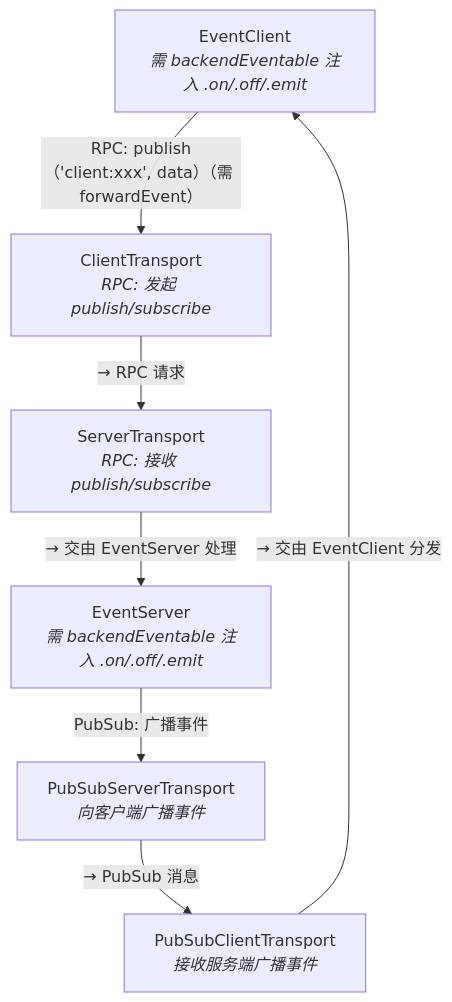
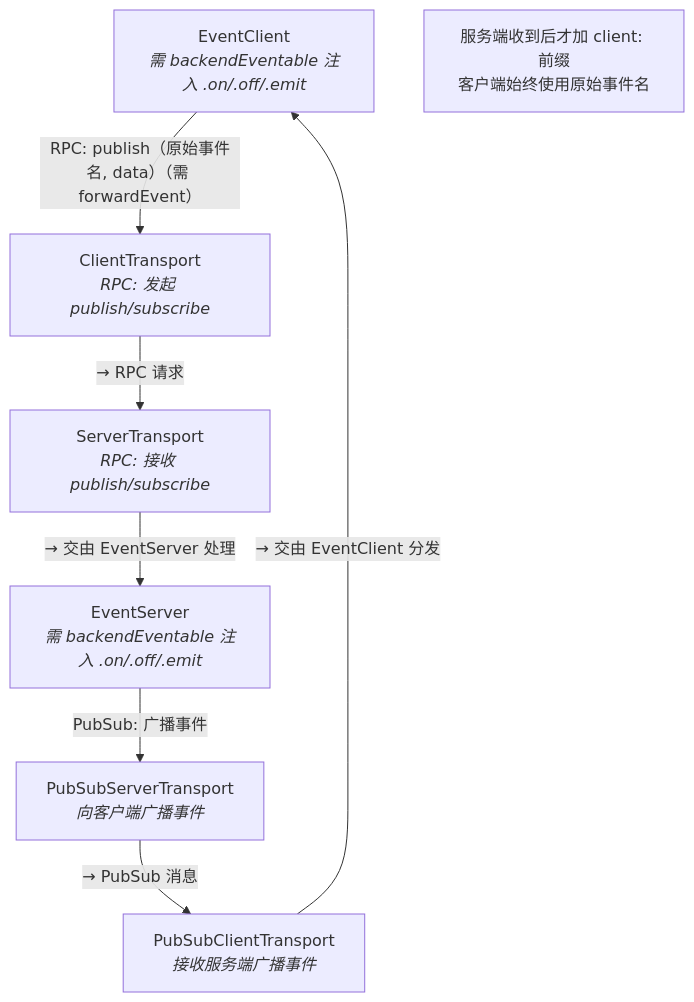
Before and after one commit to isdk/tool-event.js: the first of 2 diagrams in pubsub.md, drawn with Mermaid. The commit also changed other lines of this file and 5 other files, not shown here.

````diff
--- a/pubsub.md
+++ b/pubsub.md
@@ -80,26 +82,27 @@
 ```mermaid
 graph TD
     %% ========== Client Side ==========
     EC[EventClient<br><i>需 backendEventable 注入 .on/.off/.emit</i>]
     CT[ClientTransport<br><i>RPC: 发起 publish/subscribe</i>]
     PCT[PubSubClientTransport<br><i>接收服务端广播事件</i>]
 
     %% ========== Server Side ==========
     ES[EventServer<br><i>需 backendEventable 注入 .on/.off/.emit</i>]
     ST[ServerTransport<br><i>RPC: 接收 publish/subscribe</i>]
     PST[PubSubServerTransport<br><i>向客户端广播事件</i>]
 
     %% ========== Connections ==========
-    EC -- "RPC: publish（'client:xxx', data）（需 forwardEvent）" --> CT
+    EC -- "RPC: publish（原始事件名, data）（需 forwardEvent）" --> CT
+    Note1["服务端收到后才加 client: 前缀<br/>客户端始终使用原始事件名"]
     CT -- "→ RPC 请求" --> ST
     ST -- "→ 交由 EventServer 处理" --> ES
 
     ES -- "PubSub: 广播事件" --> PST
     PST -- "→ PubSub 消息" --> PCT
     PCT -- "→ 交由 EventClient 分发" --> EC
 
     class EC client
     class ES server
     class CT,ST rpc
     class PCT,PST pubsub
 ```
````
